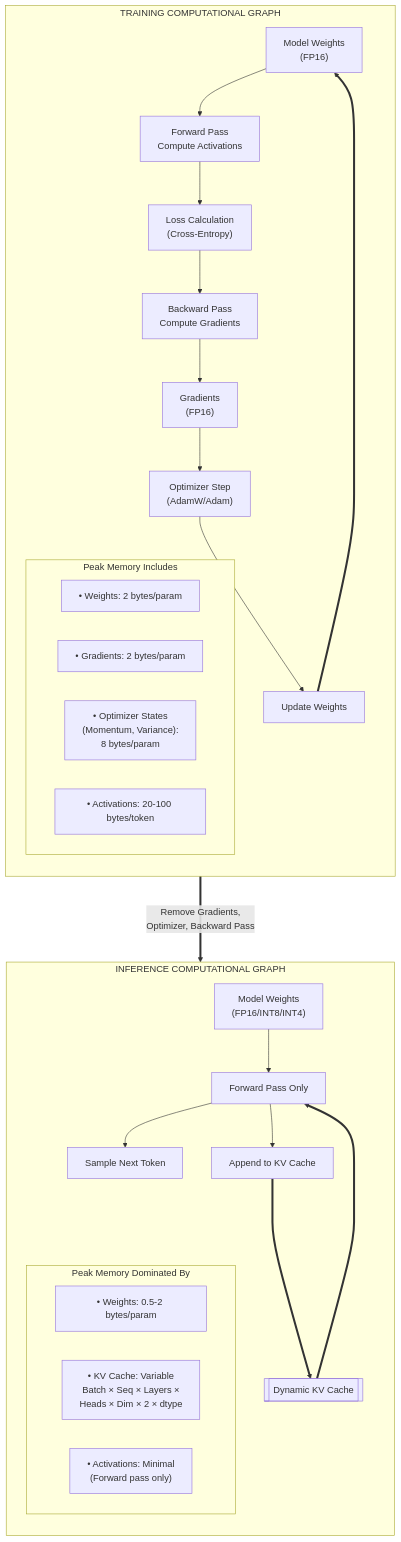
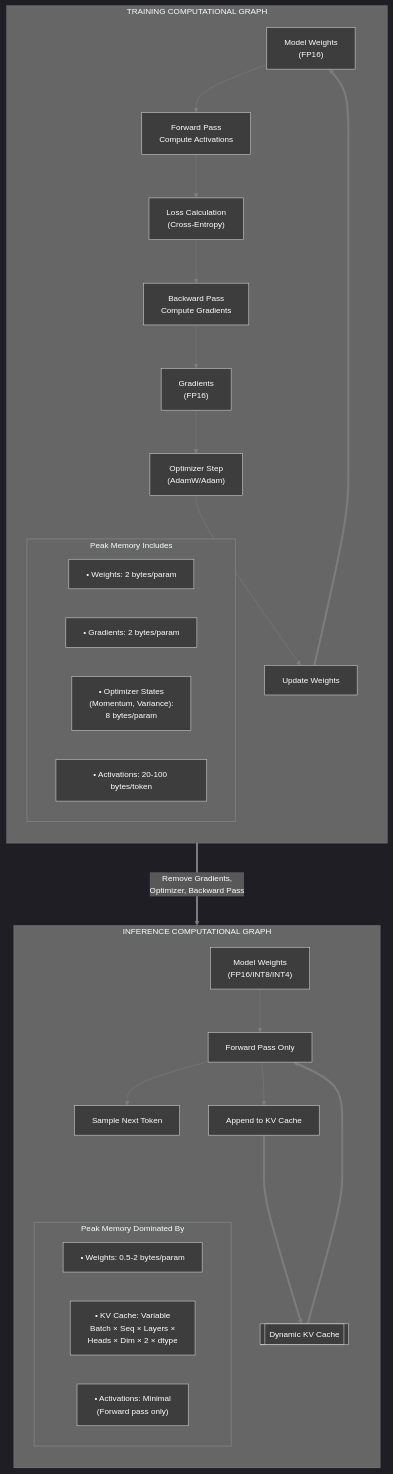
The third of 14 diagrams in lab0.1/lab 0.111.md (Shahriarin2garden/vllm_from_scratch), drawn with Mermaid before and after one commit. The commit also changed other lines of this file and 2 other files, not shown here.

````diff
--- a/lab0.1/lab 0.111.md
+++ b/lab0.1/lab 0.111.md
@@ -372,37 +431,38 @@
 ```mermaid
+%%{init: {'theme':'dark', 'themeVariables': { 'primaryColor':'#3d3d3d','primaryTextColor':'#fff','primaryBorderColor':'#7c7c7c','lineColor':'#7c7c7c','secondaryColor':'#4a4a4a','tertiaryColor':'#3d3d3d','background':'#2d2d2d','mainBkg':'#3d3d3d','secondBkg':'#4a4a4a','textColor':'#fff','fontSize':'14px'}}}%%
 flowchart TD
     subgraph Training_Graph [" TRAINING COMPUTATIONAL GRAPH "]
         direction TB
         TG_Weights["Model Weights<br/>(FP16)"] --> TG_FP["Forward Pass<br/>Compute Activations"];
         TG_FP --> TG_Loss["Loss Calculation<br/>(Cross-Entropy)"];
         TG_Loss --> TG_BP["Backward Pass<br/>Compute Gradients"];
         TG_BP --> TG_Grad["Gradients<br/>(FP16)"];
         TG_Grad --> TG_Opt["Optimizer Step<br/>(AdamW/Adam)"];
         TG_Opt --> TG_Update["Update Weights"];
         TG_Update ===> TG_Weights;
 
         subgraph TG_Mem [" Peak Memory Includes "]
             M1["• Weights: 2 bytes/param"]
             M2["• Gradients: 2 bytes/param"]
             M3["• Optimizer States<br/>  (Momentum, Variance):<br/>  8 bytes/param"]
             M4["• Activations: 20-100 bytes/token"]
         end
     end
 
     subgraph Inference_Graph [" INFERENCE COMPUTATIONAL GRAPH "]
         direction TB
         IG_Weights["Model Weights<br/>(FP16/INT8/INT4)"] --> IG_FP["Forward Pass Only"];
         IG_KV[["Dynamic KV Cache"]] ==> IG_FP;
         IG_FP --> IG_Sample["Sample Next Token"];
         IG_FP --> IG_UpdateKV["Append to KV Cache"];
         IG_UpdateKV ===> IG_KV;
 
         subgraph IG_Mem [" Peak Memory Dominated By "]
             M5["• Weights: 0.5-2 bytes/param"]
             M6["• KV Cache: Variable<br/>  Batch × Seq × Layers ×<br/>  Heads × Dim × 2 × dtype"]
             M7["• Activations: Minimal<br/>  (Forward pass only)"]
         end
     end
 
     Training_Graph ===>|"Remove Gradients,<br/>Optimizer, Backward Pass"| Inference_Graph;
 ```
````
